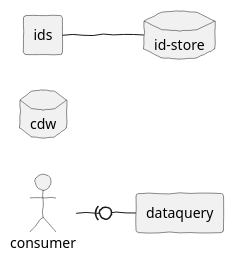
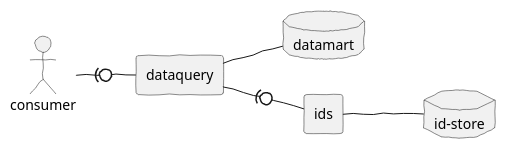
One commit to department-of-veterans-affairs/health-apis changed the diagram in src/plantuml/apps.puml. Above: the diagram before and after it, drawn with PlantUML. The commit also changed 3 other files, not shown here.

Commit message:
Revert readme, updated apps diagram

```diff
--- a/src/plantuml/apps.puml
+++ b/src/plantuml/apps.puml
@@ -1,16 +1,18 @@
 @startuml
 
 skinparam handwritten true
 skinparam monochrome true
 left to right direction
 
 actor consumer
-database "cdw"
+database "datamart"
 database "id-store" as iddb
 rectangle "dataquery"
 rectangle "ids"
 
 consumer -(0- dataquery
+dataquery -- datamart
+dataquery -(0- ids
 ids -- iddb
 
 @enduml
```
